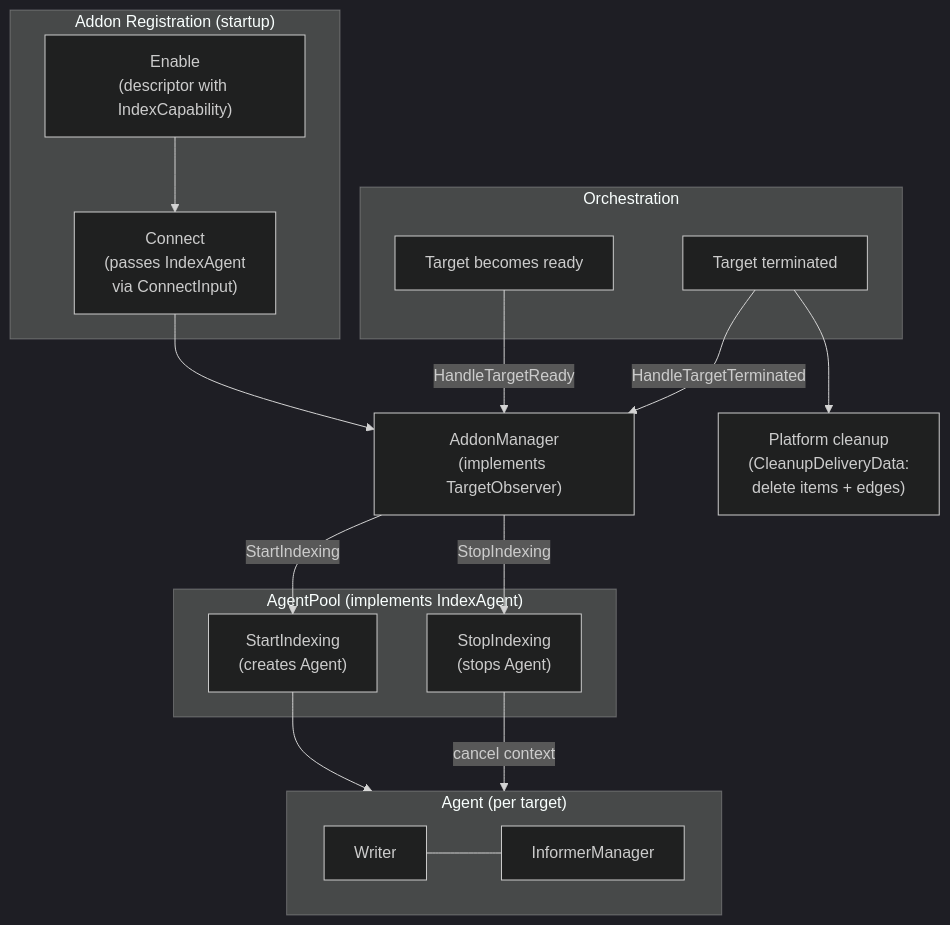
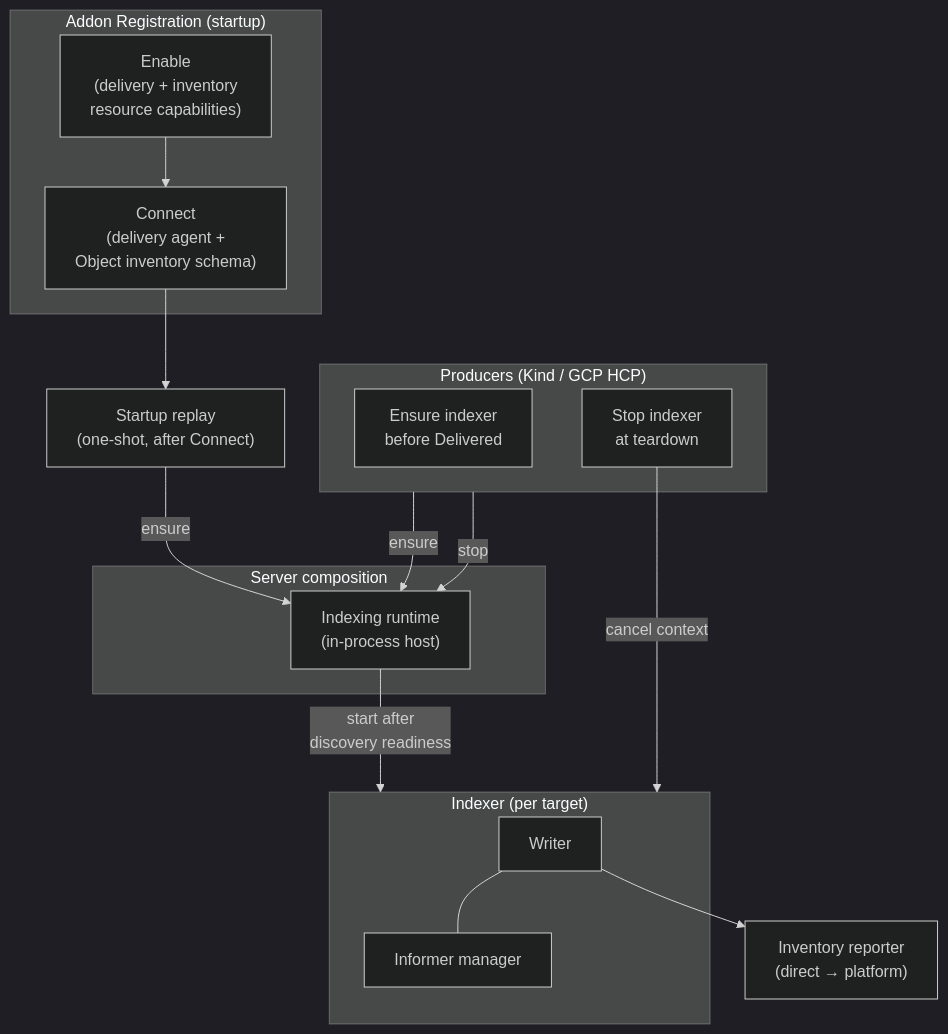
The fourth of 4 diagrams in docs/design/addons/kubernetes-addon-diagrams.md (fleetshift/fleetshift-poc), drawn with Mermaid (dark theme) before and after one commit. The commit also changed other lines of this file and 1 other file, not shown here.

First line of the commit message:
Align kubernetes addon docs with current indexing runtime and harden e2e wait.

````diff
--- a/docs/design/addons/kubernetes-addon-diagrams.md
+++ b/docs/design/addons/kubernetes-addon-diagrams.md
@@ -138,37 +142,35 @@
 ```mermaid
 flowchart TD
     subgraph startup["Addon Registration (startup)"]
-        enable["Enable\n(descriptor with IndexCapability)"]
-        connect["Connect\n(passes IndexAgent\nvia ConnectInput)"]
+        enable["Enable\n(delivery + inventory\nresource capabilities)"]
+        connect["Connect\n(delivery agent +\nObject inventory schema)"]
         enable --> connect
     end
 
-    subgraph orch["Orchestration"]
-        ready["Target becomes ready"]
-        terminated["Target terminated"]
+    subgraph compose["Server composition"]
+        host["Indexing runtime\n(in-process host)"]
     end
 
-    am["AddonManager\n(implements TargetObserver)"]
+    replay["Startup replay\n(one-shot, after Connect)"]
 
-    subgraph pool["AgentPool (implements IndexAgent)"]
-        start["StartIndexing\n(creates Agent)"]
-        stop["StopIndexing\n(stops Agent)"]
+    subgraph producers["Producers (Kind / GCP HCP)"]
+        ensure["Ensure indexer\nbefore Delivered"]
+        stop["Stop indexer\nat teardown"]
     end
 
-    subgraph agent["Agent (per target)"]
+    subgraph agent["Indexer (per target)"]
         writer["Writer"]
-        informers["InformerManager"]
+        informers["Informer manager"]
         writer --- informers
     end
 
-    cleanup["Platform cleanup\n(CleanupDeliveryData:\ndelete items + edges)"]
+    reporter["Inventory reporter\n(direct → platform)"]
 
-    connect --> am
-    ready -->|"HandleTargetReady"| am
-    terminated -->|"HandleTargetTerminated"| am
-    am -->|"StartIndexing"| start
-    am -->|"StopIndexing"| stop
-    start --> agent
+    connect --> replay
+    producers -->|"ensure"| host
+    producers -->|"stop"| host
+    replay -->|"ensure"| host
+    host -->|"start after\ndiscovery readiness"| agent
+    writer --> reporter
     stop -->|"cancel context"| agent
-    terminated --> cleanup
 ```
````
